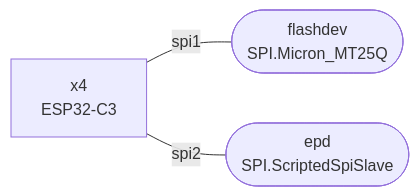
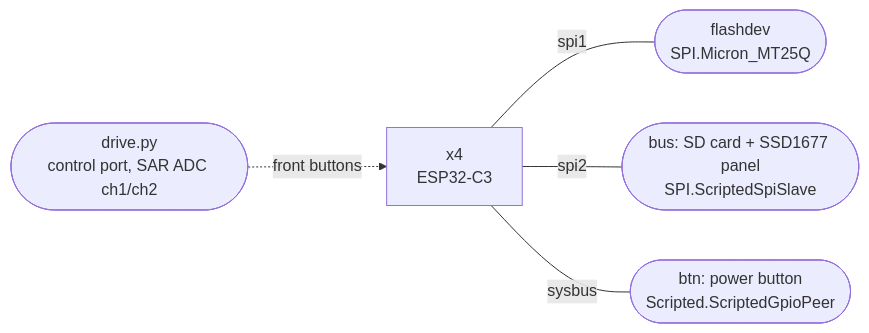
Before and after one commit to simantic-dev/crosspoint-reader: the diagram in sim/README.md, drawn with Mermaid. The commit also changed other lines of this file and 14 other files, not shown here.

First line of the commit message:
sim: SD card and buttons working: home, file browser, EPUB reader with page turns

````diff
--- a/sim/README.md
+++ b/sim/README.md
@@ -33,8 +38,12 @@
 ```mermaid
 flowchart LR
   x4["x4<br/>ESP32-C3"]
   x4_flashdev(["flashdev<br/>SPI.Micron_MT25Q"])
   x4 -- "spi1" --- x4_flashdev
-  x4_epd(["epd<br/>SPI.ScriptedSpiSlave"])
-  x4 -- "spi2" --- x4_epd
+  x4_bus(["bus: SD card + SSD1677 panel<br/>SPI.ScriptedSpiSlave"])
+  x4 -- "spi2" --- x4_bus
+  x4_btn(["btn: power button<br/>Scripted.ScriptedGpioPeer"])
+  x4 -- "sysbus" --- x4_btn
+  ctl(["drive.py<br/>control port, SAR ADC ch1/ch2"])
+  ctl -. "front buttons" .-> x4
 ```
````
